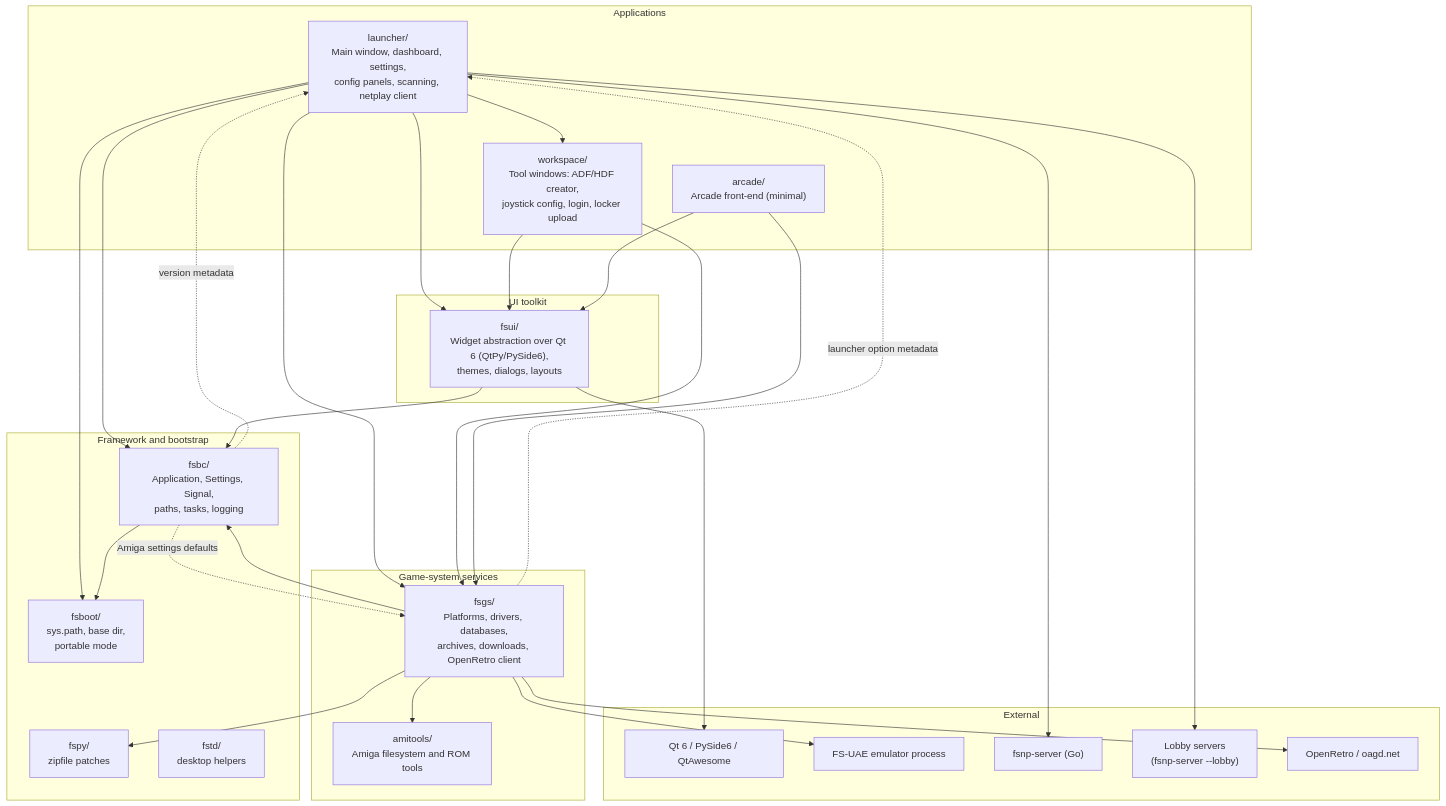
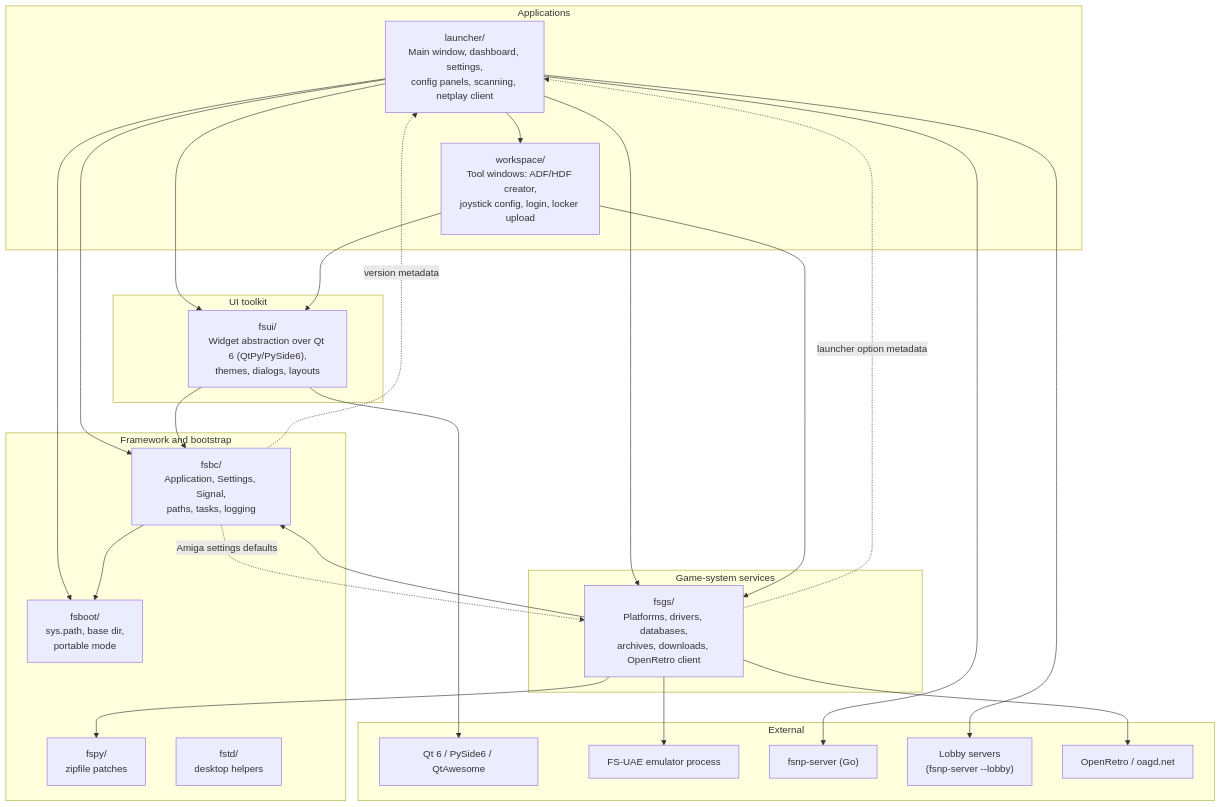
One commit to pdabel/fs-uae-launcher changed the first of 5 diagrams in docs/architecture.md. Above: the diagram before and after it, drawn with Mermaid. The commit also changed other lines of this file and 1 other file, not shown here.

Commit message:
Update architecture and netplay server design documentation (#166)

````diff
--- a/docs/architecture.md
+++ b/docs/architecture.md
@@ -21,55 +21,50 @@
 ```mermaid
 flowchart TB
     subgraph app["Applications"]
         launcher["launcher/<br/>Main window, dashboard, settings,<br/>config panels, scanning, netplay client"]
         workspace["workspace/<br/>Tool windows: ADF/HDF creator,<br/>joystick config, login, locker upload"]
-        arcade["arcade/<br/>Arcade front-end (minimal)"]
     end
 
     subgraph domain["Game-system services"]
         fsgs["fsgs/<br/>Platforms, drivers, databases,<br/>archives, downloads, OpenRetro client"]
-        amitools["amitools/<br/>Amiga filesystem and ROM tools"]
     end
 
     subgraph ui["UI toolkit"]
         fsui["fsui/<br/>Widget abstraction over Qt 6 (QtPy/PySide6),<br/>themes, dialogs, layouts"]
     end
 
     subgraph base["Framework and bootstrap"]
         fsbc["fsbc/<br/>Application, Settings, Signal,<br/>paths, tasks, logging"]
         fspy["fspy/<br/>zipfile patches"]
         fstd["fstd/<br/>desktop helpers"]
         fsboot["fsboot/<br/>sys.path, base dir,<br/>portable mode"]
     end
 
     subgraph ext["External"]
         qt["Qt 6 / PySide6 / QtAwesome"]
         fsuae["FS-UAE emulator process"]
         fsnp["fsnp-server (Go)"]
         lobbies["Lobby servers<br/>(fsnp-server --lobby)"]
         openretro["OpenRetro / oagd.net"]
     end
 
     launcher --> fsui
     launcher --> fsgs
     launcher --> fsbc
     launcher --> fsboot
     launcher --> lobbies
     launcher --> fsnp
     launcher --> workspace
     workspace --> fsui
     workspace --> fsgs
-    arcade --> fsgs
-    arcade --> fsui
     fsgs --> fsbc
     fsgs -. "launcher option metadata" .-> launcher
     fsgs --> fspy
-    fsgs --> amitools
     fsgs --> fsuae
     fsgs --> openretro
     fsui --> fsbc
     fsui --> qt
     fsbc --> fsboot
     fsbc -. "version metadata" .-> launcher
     fsbc -. "Amiga settings defaults" .-> fsgs
 ```
````
